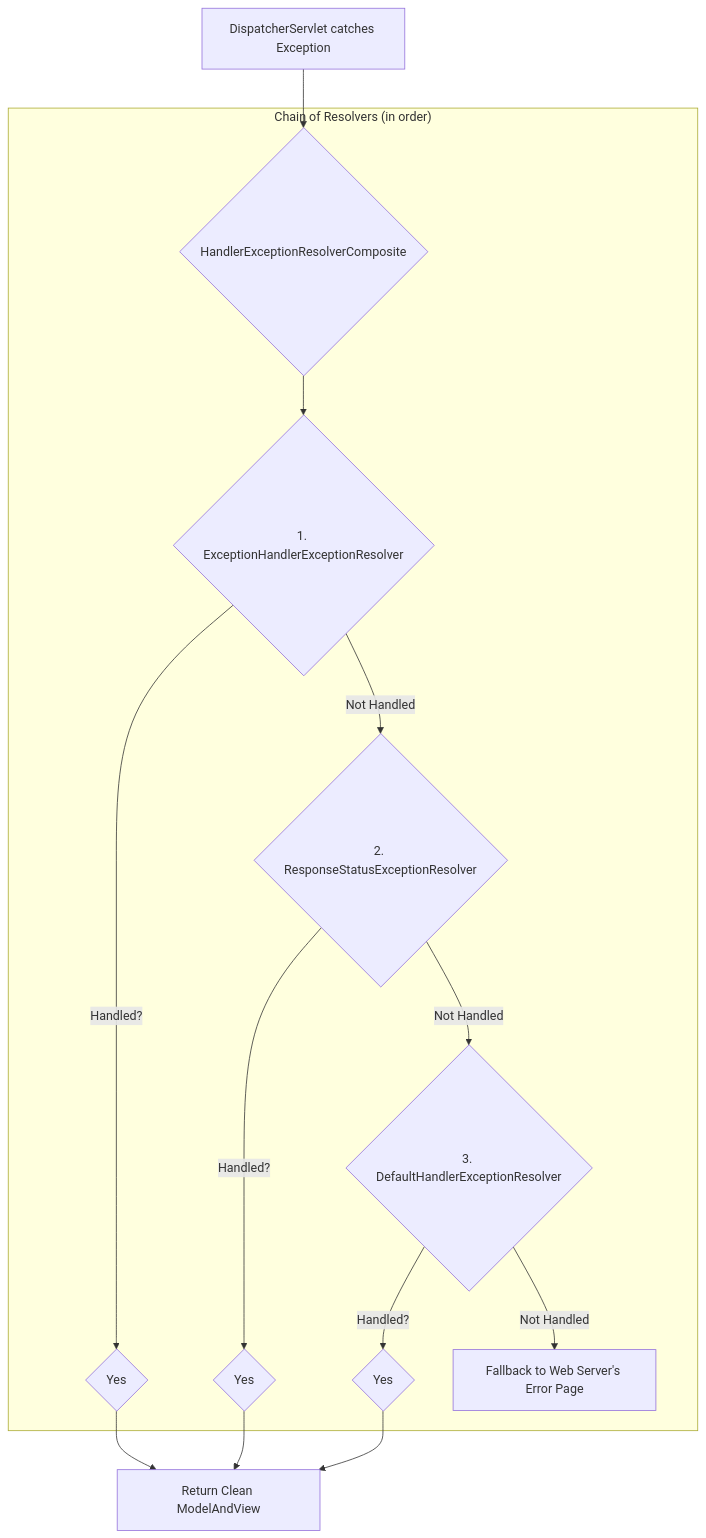
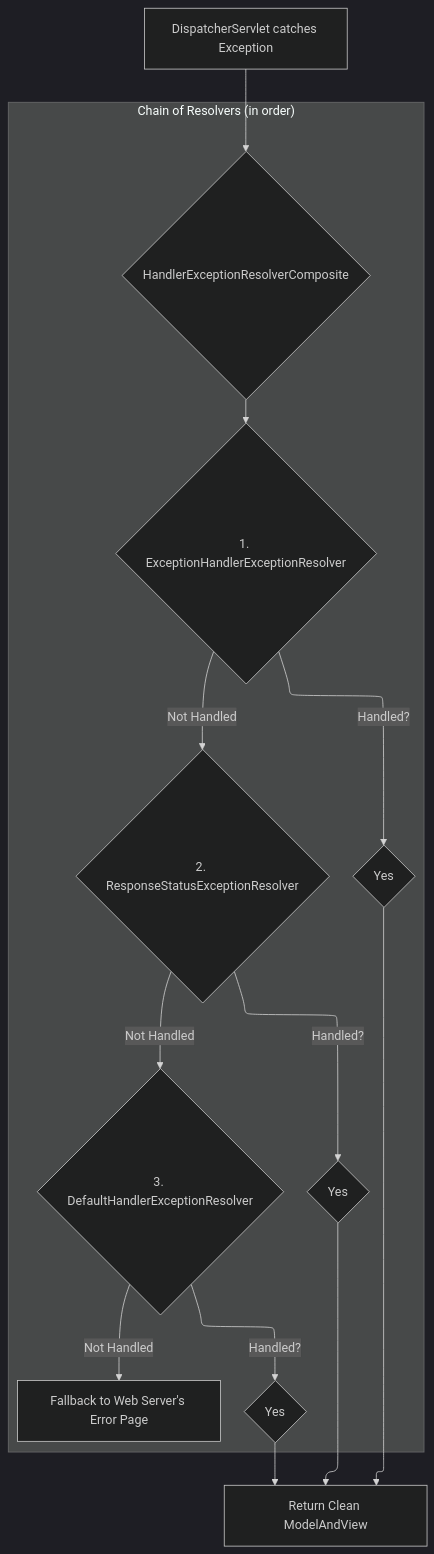
One commit to Ashjha75/MyDocs changed the first of 2 diagrams in src/content/docs/springboot/projectdocs/exception-handling.md. Above: the diagram before and after it, drawn with Mermaid. The commit also changed 1 other file, not shown here.

Commit message:
Refactor: Enhance Mermaid diagrams with dark theme support and improve CSS styles for better readability

````diff
--- a/src/content/docs/springboot/projectdocs/exception-handling.md
+++ b/src/content/docs/springboot/projectdocs/exception-handling.md
@@ -27,17 +27,21 @@
 ```mermaid
-
+---
+config:
+  theme: dark
+  layout: elk
+---
 graph TD
     A[DispatcherServlet catches Exception] --> B{HandlerExceptionResolverComposite};
     subgraph "Chain of Resolvers (in order)"
         B --> C{1. ExceptionHandlerExceptionResolver};
         C -- Handled? --> D{Yes};
         C -- Not Handled --> E{2. ResponseStatusExceptionResolver};
         E -- Handled? --> F{Yes};
         E -- Not Handled --> G{3. DefaultHandlerExceptionResolver};
         G -- Handled? --> H{Yes};
         G -- Not Handled --> I[Fallback to Web Server's Error Page];
     end
     D --> J[Return Clean ModelAndView];
     F --> J;
     H --> J;
 ```
````
